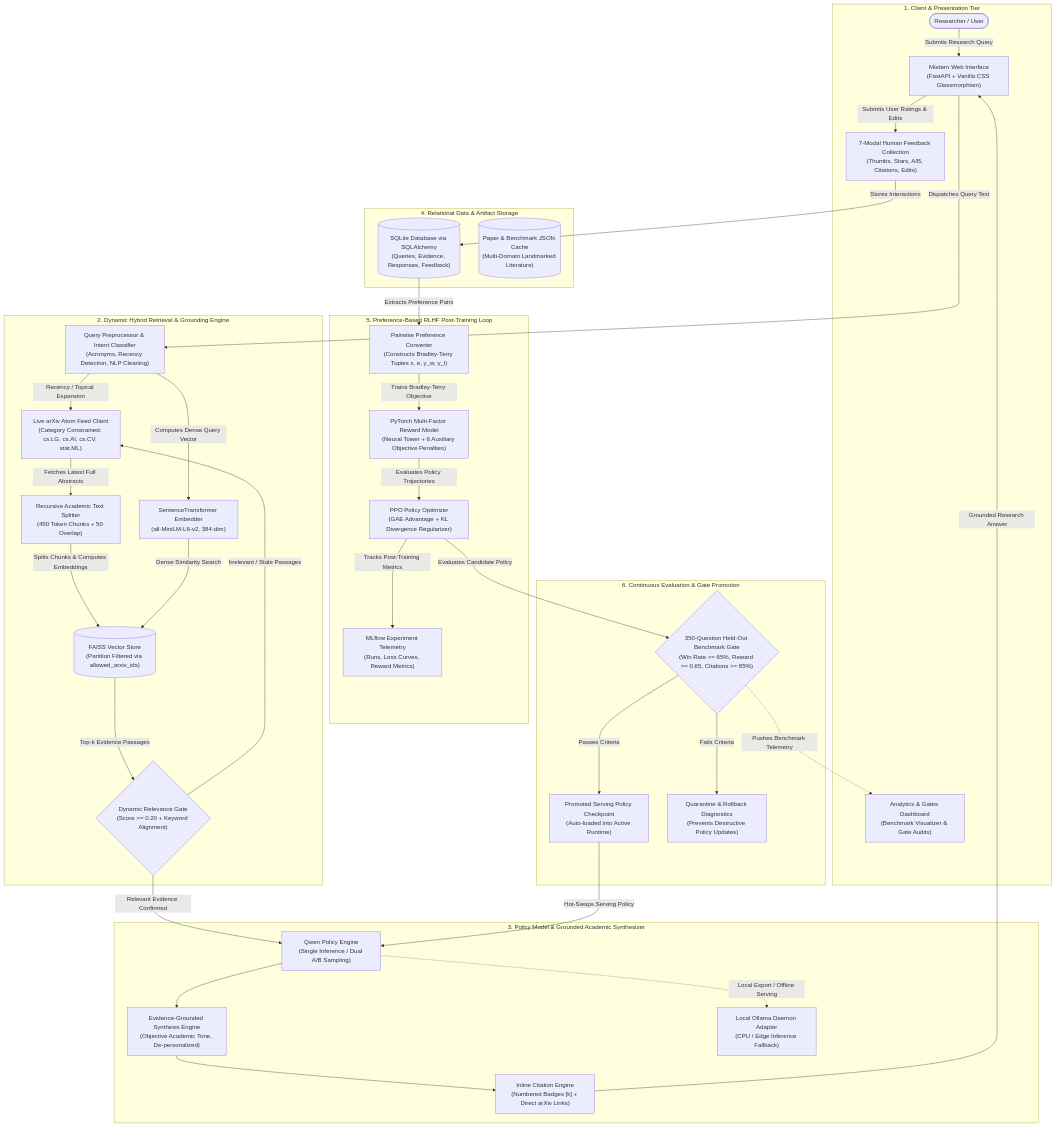
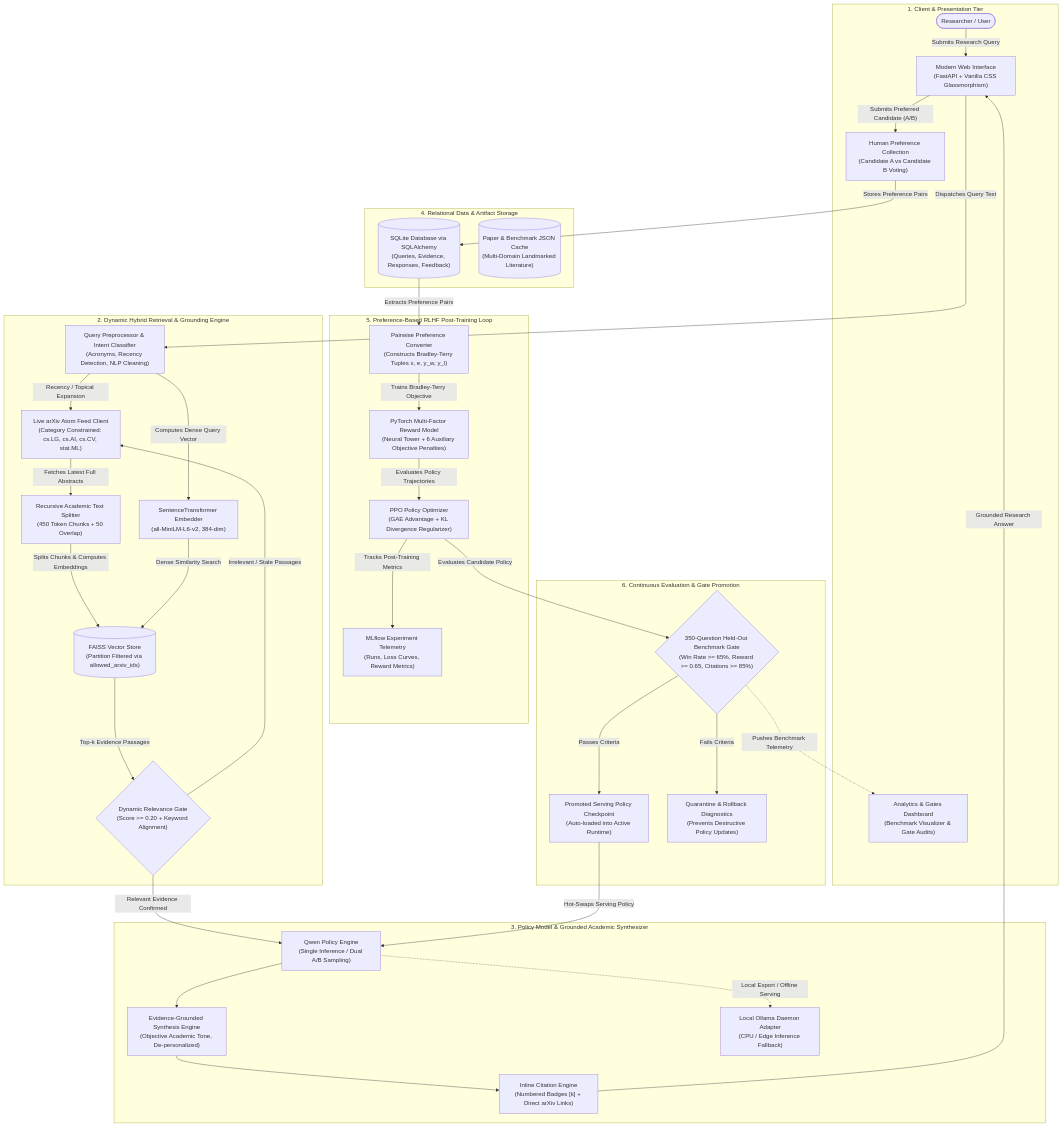
One commit to Sujato-Dutta/Self-Improving-Research-Assistant-with-RLHF changed the diagram in README.md. Above: the diagram before and after it, drawn with Mermaid. The commit also changed other lines of this file, not shown here.

````diff
--- a/README.md
+++ b/README.md
@@ -15,74 +15,74 @@
 ```mermaid
 graph TB
     subgraph ClientLayer ["1. Client & Presentation Tier"]
         User(["Researcher / User"])
         WebUI["Modern Web Interface<br/>(FastAPI + Vanilla CSS Glassmorphism)"]
-        FeedbackModal["7-Modal Human Feedback Collection<br/>(Thumbs, Stars, A/B, Citations, Edits)"]
+        FeedbackModal["Human Preference Collection<br/>(Candidate A vs Candidate B Voting)"]
         AnalyticsGateModal["Analytics & Gates Dashboard<br/>(Benchmark Visualizer & Gate Audits)"]
     end
 
     subgraph RetrievalEngine ["2. Dynamic Hybrid Retrieval & Grounding Engine"]
         QueryProc["Query Preprocessor & Intent Classifier<br/>(Acronyms, Recency Detection, NLP Cleaning)"]
         ArxivAPI["Live arXiv Atom Feed Client<br/>(Category Constrained: cs.LG, cs.AI, cs.CV, stat.ML)"]
         Embedder["SentenceTransformer Embedder<br/>(all-MiniLM-L6-v2, 384-dim)"]
         VectorDB[("FAISS Vector Store<br/>(Partition Filtered via allowed_arxiv_ids)")]
         SemanticGate{"Dynamic Relevance Gate<br/>(Score >= 0.20 + Keyword Alignment)"}
         TextSplitter["Recursive Academic Text Splitter<br/>(450 Token Chunks + 50 Overlap)"]
     end
 
     subgraph GenerationLayer ["3. Policy Model & Grounded Academic Synthesizer"]
         PolicyGen["Qwen Policy Engine<br/>(Single Inference / Dual A/B Sampling)"]
         Synthesizer["Evidence-Grounded Synthesis Engine<br/>(Objective Academic Tone, De-personalized)"]
         CitationMapper["Inline Citation Engine<br/>(Numbered Badges [k] + Direct arXiv Links)"]
         OllamaAdapter["Local Ollama Daemon Adapter<br/>(CPU / Edge Inference Fallback)"]
     end
 
     subgraph PersistenceLayer ["4. Relational Data & Artifact Storage"]
         DB[("SQLite Database via SQLAlchemy<br/>(Queries, Evidence, Responses, Feedback)")]
         DocCache[("Paper & Benchmark JSON Cache<br/>(Multi-Domain Landmarked Literature)")]
     end
 
     subgraph RLHFLoop ["5. Preference-Based RLHF Post-Training Loop"]
         PrefConverter["Pairwise Preference Converter<br/>(Constructs Bradley-Terry Tuples x, e, y_w, y_l)"]
         RewardModel["PyTorch Multi-Factor Reward Model<br/>(Neural Tower + 6 Auxiliary Objective Penalties)"]
         PPOTrainer["PPO Policy Optimizer<br/>(GAE Advantage + KL Divergence Regularizer)"]
         MLflowTracker["MLflow Experiment Telemetry<br/>(Runs, Loss Curves, Reward Metrics)"]
     end
 
     subgraph EvaluationLifecycle ["6. Continuous Evaluation & Gate Promotion"]
         EvalGate{"350-Question Held-Out Benchmark Gate<br/>(Win Rate >= 65%, Reward >= 0.65, Citations >= 85%)"}
         ActiveCheckpoint["Promoted Serving Policy Checkpoint<br/>(Auto-loaded into Active Runtime)"]
         Quarantine["Quarantine & Rollback Diagnostics<br/>(Prevents Destructive Policy Updates)"]
     end
 
     %% Flow connections
     User -->|"Submits Research Query"| WebUI
     WebUI -->|"Dispatches Query Text"| QueryProc
     QueryProc -->|"Recency / Topical Expansion"| ArxivAPI
     QueryProc -->|"Computes Dense Query Vector"| Embedder
     ArxivAPI -->|"Fetches Latest Full Abstracts"| TextSplitter
     TextSplitter -->|"Splits Chunks & Computes Embeddings"| VectorDB
     Embedder -->|"Dense Similarity Search"| VectorDB
     VectorDB -->|"Top-k Evidence Passages"| SemanticGate
 
     SemanticGate -->|"Relevant Evidence Confirmed"| PolicyGen
     SemanticGate -->|"Irrelevant / Stale Passages"| ArxivAPI
 
     PolicyGen --> Synthesizer
     Synthesizer --> CitationMapper
     CitationMapper -->|"Grounded Research Answer"| WebUI
     PolicyGen -.->|"Local Export / Offline Serving"| OllamaAdapter
 
-    WebUI -->|"Submits User Ratings & Edits"| FeedbackModal
-    FeedbackModal -->|"Stores Interactions"| DB
+    WebUI -->|"Submits Preferred Candidate (A/B)"| FeedbackModal
+    FeedbackModal -->|"Stores Preference Pairs"| DB
     DB -->|"Extracts Preference Pairs"| PrefConverter
     PrefConverter -->|"Trains Bradley-Terry Objective"| RewardModel
     RewardModel -->|"Evaluates Policy Trajectories"| PPOTrainer
     PPOTrainer -->|"Tracks Post-Training Metrics"| MLflowTracker
     PPOTrainer -->|"Evaluates Candidate Policy"| EvalGate
 
     EvalGate -->|"Passes Criteria"| ActiveCheckpoint
     EvalGate -->|"Fails Criteria"| Quarantine
     ActiveCheckpoint -->|"Hot-Swaps Serving Policy"| PolicyGen
     EvalGate -.->|"Pushes Benchmark Telemetry"| AnalyticsGateModal
 ```
````
